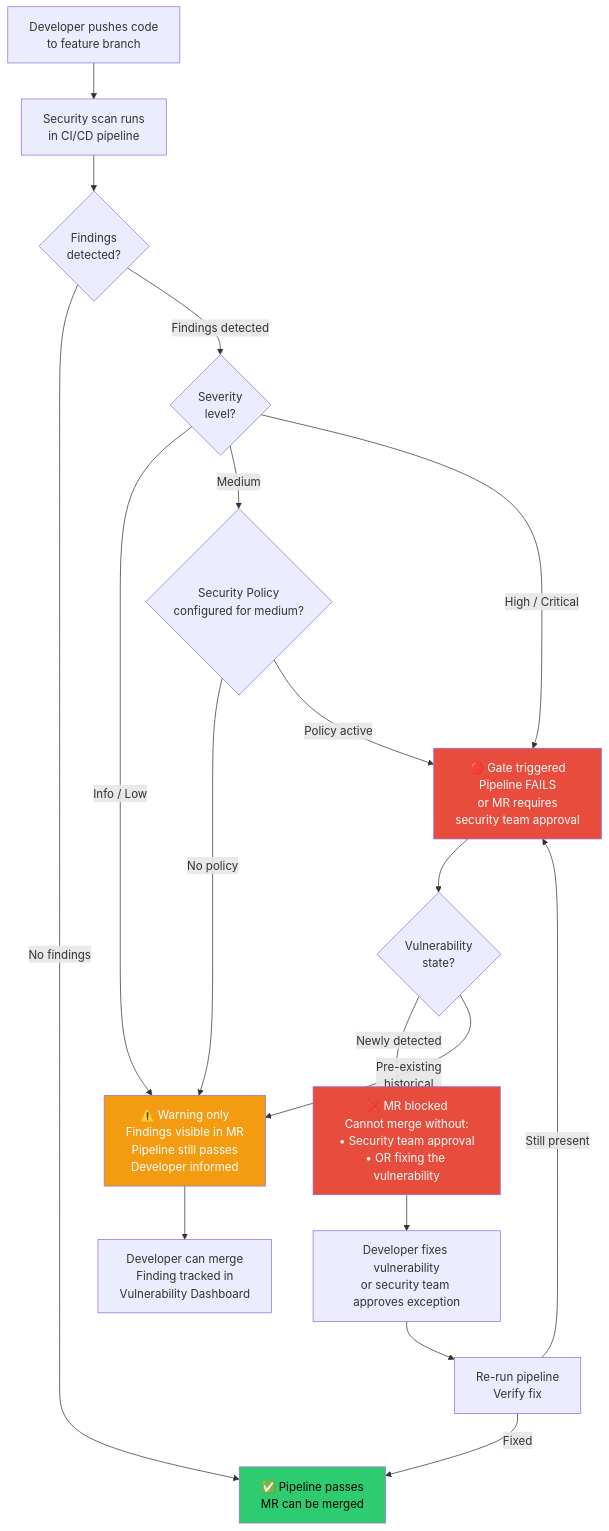
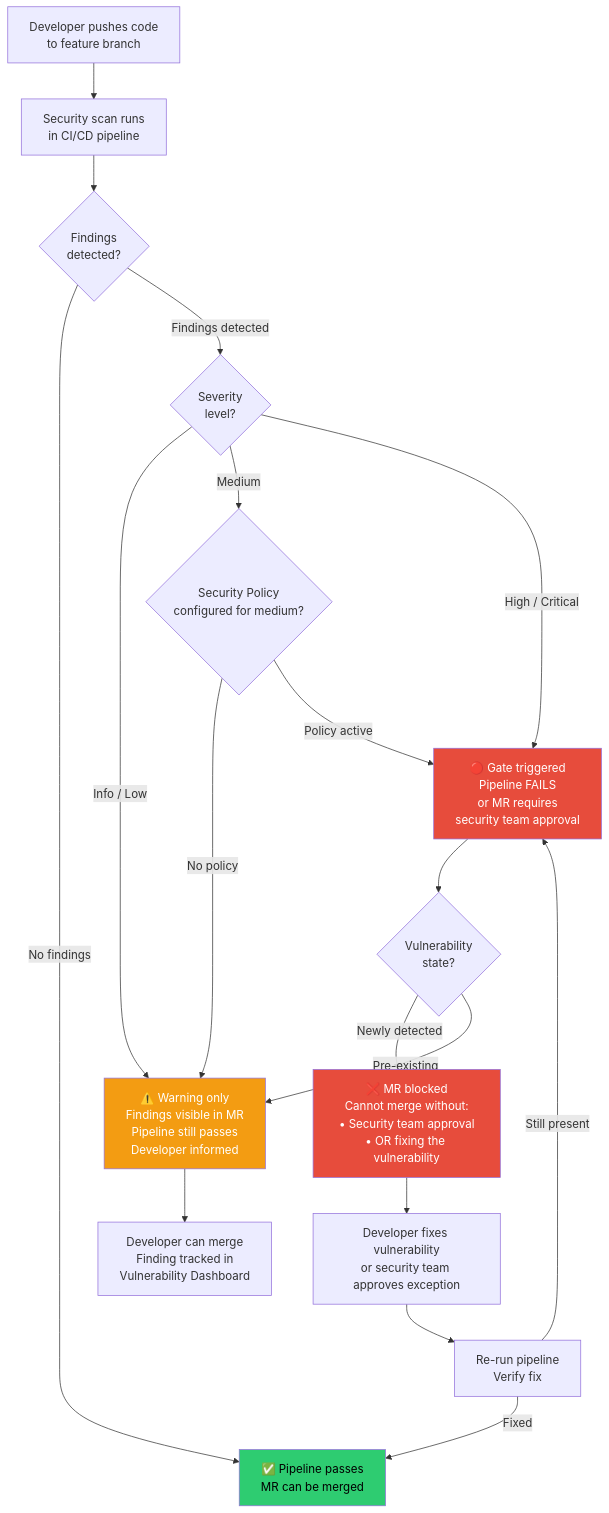
Before and after one commit to voidinfinitytech/Gitlab-nagpur: the sixth of 9 diagrams in Module 7/M07_Architecture_Diagrams.md, drawn with Mermaid.

````diff
--- a/Module 7/M07_Architecture_Diagrams.md
+++ b/Module 7/M07_Architecture_Diagrams.md
@@ -204,32 +204,32 @@
 ```mermaid
 flowchart TD
     PUSH["Developer pushes code<br/>to feature branch"] --> SCAN["Security scan runs<br/>in CI/CD pipeline"]
 
     SCAN --> FINDINGS{Findings<br/>detected?}
 
     FINDINGS -->|No findings| PASS["✅ Pipeline passes<br/>MR can be merged"]
     FINDINGS -->|Findings detected| SEVERITY{Severity<br/>level?}
 
     SEVERITY -->|Info / Low| WARN["⚠️ Warning only<br/>Findings visible in MR<br/>Pipeline still passes<br/>Developer informed"]
 
     SEVERITY -->|Medium| MEDIUM_CHECK{Security Policy<br/>configured for medium?}
     MEDIUM_CHECK -->|No policy| WARN
     MEDIUM_CHECK -->|Policy active| GATE
 
     SEVERITY -->|High / Critical| GATE["🔴 Gate triggered<br/>Pipeline FAILS<br/>or MR requires<br/>security team approval"]
 
     GATE --> POLICY_CHECK{Vulnerability<br/>state?}
     POLICY_CHECK -->|Newly detected| BLOCK["❌ MR blocked<br/>Cannot merge without:<br/>• Security team approval<br/>• OR fixing the vulnerability"]
-    POLICY_CHECK -->|Pre-existing<br/> historical| WARN
+    POLICY_CHECK -->|Pre-existing| WARN
 
     WARN --> MERGE_OK["Developer can merge<br/>Finding tracked in<br/>Vulnerability Dashboard"]
     BLOCK --> FIX["Developer fixes vulnerability<br/>or security team approves exception"]
     FIX --> RESCAN["Re-run pipeline<br/>Verify fix"]
     RESCAN -->|Fixed| PASS
     RESCAN -->|Still present| GATE
 
     style PASS fill:#2ecc71,color:#000
     style WARN fill:#f39c12,color:#fff
     style BLOCK fill:#e74c3c,color:#fff
     style GATE fill:#e74c3c,color:#fff
 ```
````
